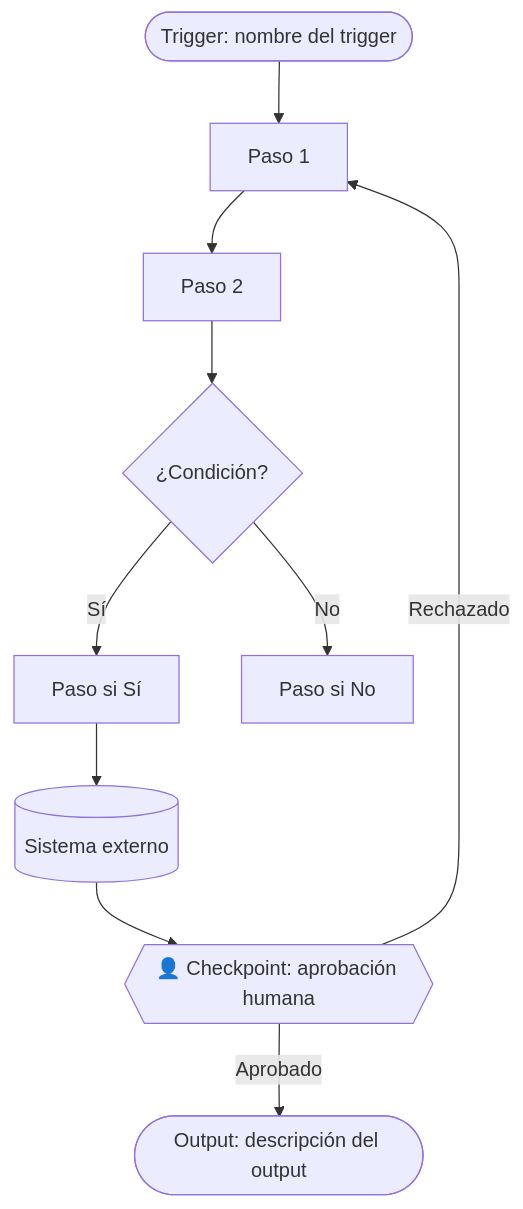
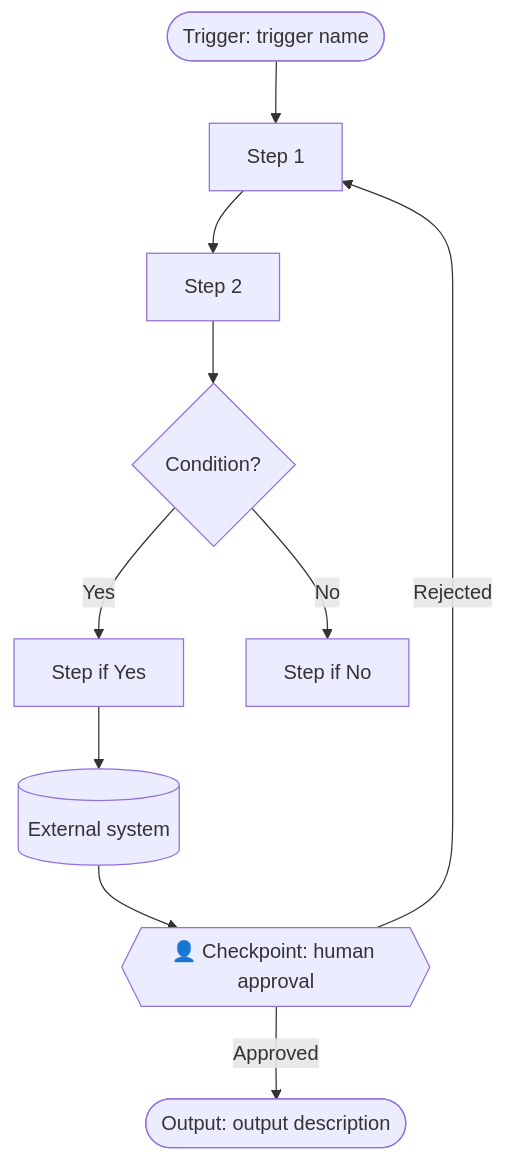
Before and after one commit to luisdomarco/AiAgentArchitect: the first of 3 diagrams in .agents/skills/ski-diagram-generator/SKILL.md, drawn with Mermaid. The commit also changed other lines of this file and 79 other files, not shown here.

````diff
--- a/.agents/skills/ski-diagram-generator/SKILL.md
+++ b/.agents/skills/ski-diagram-generator/SKILL.md
@@ -79,23 +82,23 @@
 ```mermaid
 flowchart TD
-    START([Trigger: nombre del trigger])
-    
-    P1[Paso 1]
-    P2[Paso 2]
-    D1{¿Condición?}
-    P3A[Paso si Sí]
-    P3B[Paso si No]
-    EXT[(Sistema externo)]
-    CP1{{"👤 Checkpoint: aprobación humana"}}
-    END([Output: descripción del output])
-    
+    START([Trigger: trigger name])
+
+    P1[Step 1]
+    P2[Step 2]
+    D1{Condition?}
+    P3A[Step if Yes]
+    P3B[Step if No]
+    EXT[(External system)]
+    CP1{{"👤 Checkpoint: human approval"}}
+    END([Output: output description])
+
     START --> P1
     P1 --> P2
     P2 --> D1
-    D1 -->|Sí| P3A
+    D1 -->|Yes| P3A
     D1 -->|No| P3B
     P3A --> EXT
     EXT --> CP1
-    CP1 -->|Aprobado| END
-    CP1 -->|Rechazado| P1
+    CP1 -->|Approved| END
+    CP1 -->|Rejected| P1
 ```
````
